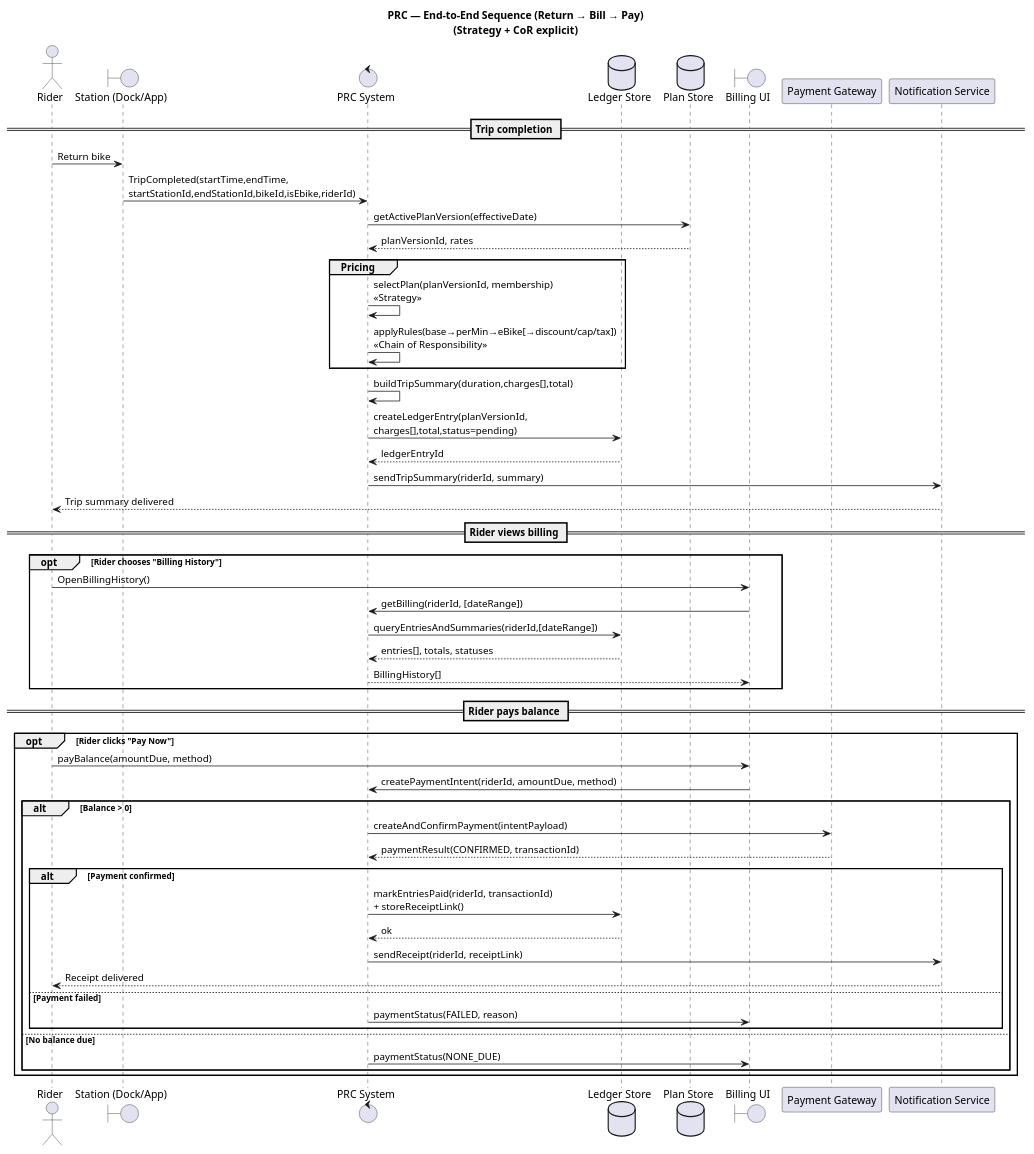
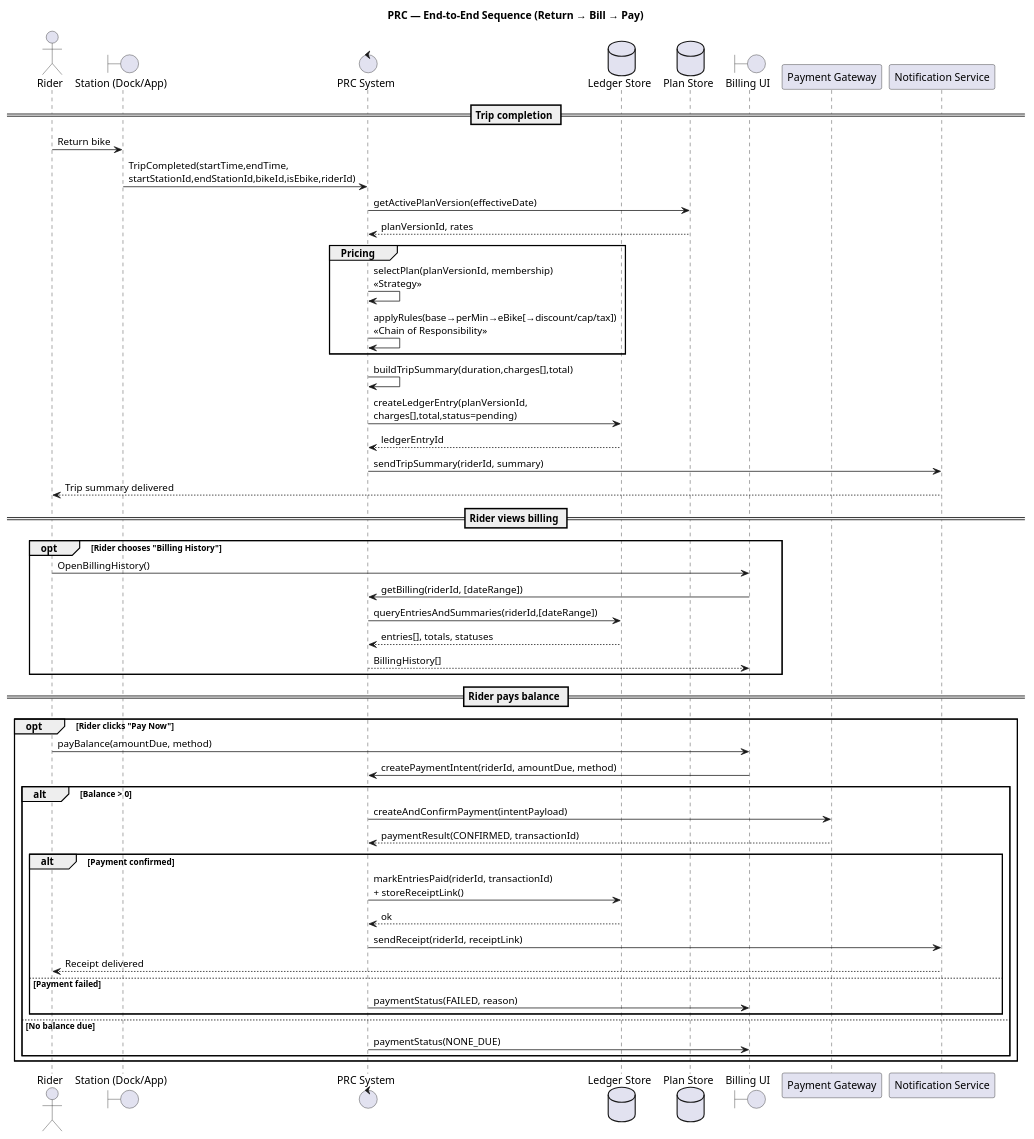
Before and after one commit to Abdul-RehmanCU/SOEN-343---Bike: the diagram in diagrams/PRC-DIAGRAMS/PRC_SEQUENCE_DIAGRAM.md, drawn with PlantUML. The commit also changed 2 other files, not shown here.

Commit message:
minor tweak on display and titles of diags for PRC

```diff
--- a/diagrams/PRC-DIAGRAMS/PRC_SEQUENCE_DIAGRAM.md
+++ b/diagrams/PRC-DIAGRAMS/PRC_SEQUENCE_DIAGRAM.md
@@ -1,62 +1,62 @@
 @startuml
-title PRC — End-to-End Sequence (Return → Bill → Pay)\n(Strategy + CoR explicit)
+title PRC — End-to-End Sequence (Return → Bill → Pay)
 
 actor Rider
 boundary "Station (Dock/App)" as Station
 control "PRC System" as PRC
 database "Ledger Store" as Ledger
 database "Plan Store" as Plans
 boundary "Billing UI" as UI
 participant "Payment Gateway" as Pay
 participant "Notification Service" as Notify
 
 == Trip completion ==
 Rider -> Station : Return bike
 Station -> PRC : TripCompleted(startTime,endTime,\nstartStationId,endStationId,bikeId,isEbike,riderId)
 
 PRC -> Plans : getActivePlanVersion(effectiveDate)
 Plans --> PRC : planVersionId, rates
 
 group Pricing
   PRC -> PRC : selectPlan(planVersionId, membership)\n<<Strategy>>
   PRC -> PRC : applyRules(base→perMin→eBike[→discount/cap/tax])\n<<Chain of Responsibility>>
 end
 
 PRC -> PRC : buildTripSummary(duration,charges[],total)
 PRC -> Ledger : createLedgerEntry(planVersionId,\ncharges[],total,status=pending)
 Ledger --> PRC : ledgerEntryId
 
 PRC -> Notify : sendTripSummary(riderId, summary)
 Notify --> Rider : Trip summary delivered
 
 == Rider views billing ==
 opt Rider chooses "Billing History"
   Rider -> UI : OpenBillingHistory()
   UI -> PRC : getBilling(riderId, [dateRange])
   PRC -> Ledger : queryEntriesAndSummaries(riderId,[dateRange])
   Ledger --> PRC : entries[], totals, statuses
   PRC --> UI : BillingHistory[]
 end
 
 == Rider pays balance ==
 opt Rider clicks "Pay Now"
   Rider -> UI : payBalance(amountDue, method)
   UI -> PRC : createPaymentIntent(riderId, amountDue, method)
 
   alt Balance > 0
     PRC -> Pay : createAndConfirmPayment(intentPayload)
     Pay --> PRC : paymentResult(CONFIRMED, transactionId)
 
     alt Payment confirmed
       PRC -> Ledger : markEntriesPaid(riderId, transactionId)\n+ storeReceiptLink()
       Ledger --> PRC : ok
       PRC -> Notify : sendReceipt(riderId, receiptLink)
       Notify --> Rider : Receipt delivered
     else Payment failed
       PRC -> UI : paymentStatus(FAILED, reason)
     end
   else No balance due
     PRC -> UI : paymentStatus(NONE_DUE)
   end
 end
 @enduml
```
